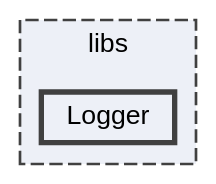
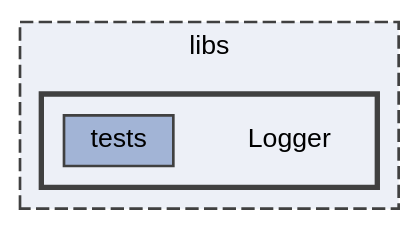
The diagram in dir_9b4ca5929e57cbde450c18fcf8d954e6_dep.dot (GoshaSerbin/autodiff), drawn with Graphviz before and after one commit. The commit also changed 169 other files, not shown here.

```diff
--- a/dir_9b4ca5929e57cbde450c18fcf8d954e6_dep.dot
+++ b/dir_9b4ca5929e57cbde450c18fcf8d954e6_dep.dot
@@ -1,12 +1,16 @@
 digraph "libs/Logger"
 {
  // LATEX_PDF_SIZE
   bgcolor="transparent";
   edge [fontname=Helvetica,fontsize=10,labelfontname=Helvetica,labelfontsize=10];
   node [fontname=Helvetica,fontsize=10,shape=box,height=0.2,width=0.4];
   compound=true
   subgraph clusterdir_6719ab1f1f7655efc2fa43f7eb574fd1 {
     graph [ bgcolor="#edf0f7", pencolor="grey25", label="libs", fontname=Helvetica,fontsize=10 style="filled,dashed", URL="dir_6719ab1f1f7655efc2fa43f7eb574fd1.html",tooltip=""]
-  dir_9b4ca5929e57cbde450c18fcf8d954e6 [label="Logger", fillcolor="#edf0f7", color="grey25", style="filled,bold", URL="dir_9b4ca5929e57cbde450c18fcf8d954e6.html",tooltip=""];
+  subgraph clusterdir_9b4ca5929e57cbde450c18fcf8d954e6 {
+    graph [ bgcolor="#edf0f7", pencolor="grey25", label="", fontname=Helvetica,fontsize=10 style="filled,bold", URL="dir_9b4ca5929e57cbde450c18fcf8d954e6.html",tooltip=""]
+    dir_9b4ca5929e57cbde450c18fcf8d954e6 [shape=plaintext, label="Logger"];
+  dir_9dcb22bf4d4f51a16826bc17c31b40e0 [label="tests", fillcolor="#a2b4d6", color="grey25", style="filled", URL="dir_9dcb22bf4d4f51a16826bc17c31b40e0.html",tooltip=""];
+  }
   }
 }
```
